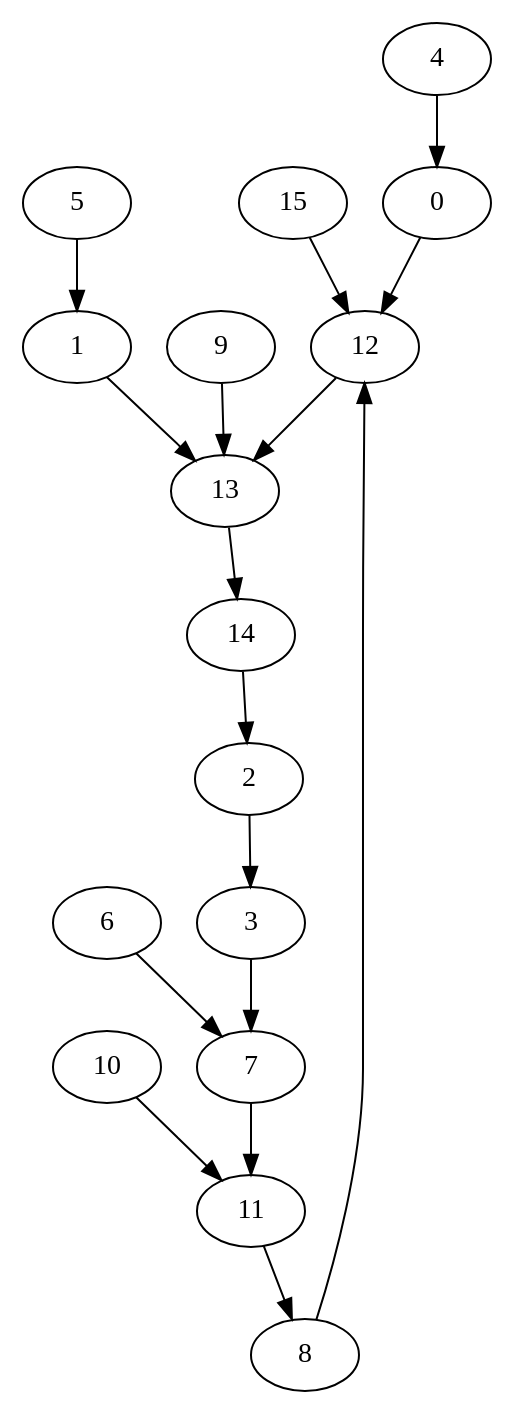
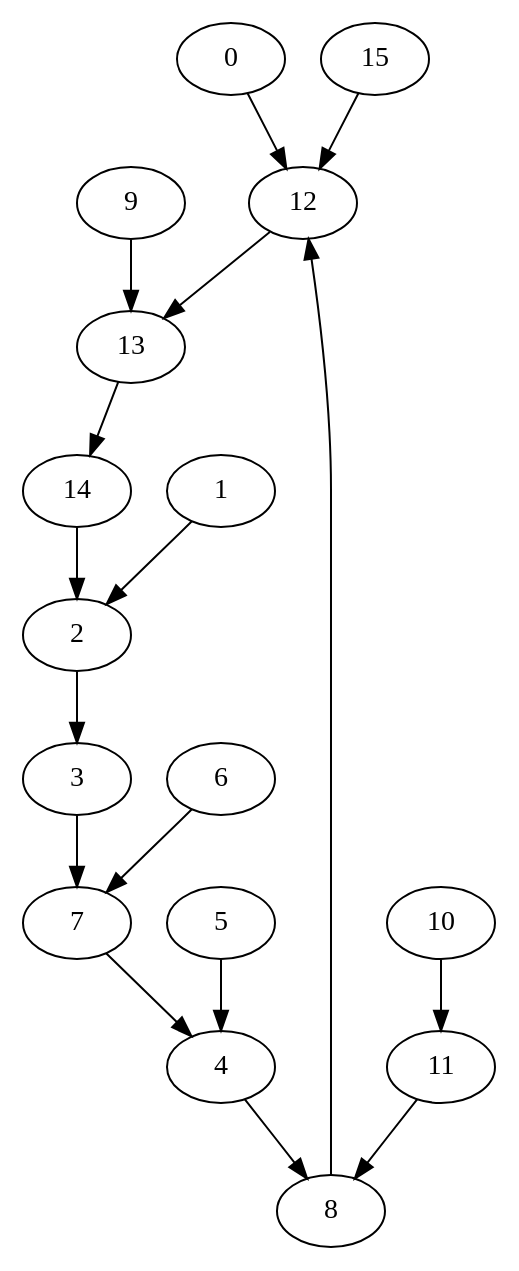
One commit to jzeeck/machineLearning changed the diagram in lab4 - Reinforcement Learning/dotg.dot. Above: the diagram before and after it, drawn with Graphviz. The commit also changed 2 other files, not shown here.

Commit message:
optimizing graph

```diff
--- a/lab4 - Reinforcement Learning/dotg.dot
+++ b/lab4 - Reinforcement Learning/dotg.dot
@@ -1,18 +1,18 @@
 digraph policyIter {
 	0 -> 12;
-	1 -> 13;
+	1 -> 2;
 	2 -> 3;
 	3 -> 7;
-	4 -> 0;	
-	5 -> 1;
+	4 -> 8;	
+	5 -> 4;
 	6 -> 7;
-	7 -> 11;
+	7 -> 4;
 	8 -> 12;
 	9 -> 13;
 	10 -> 11;
 	11 -> 8;
 	12 -> 13;
 	13 -> 14;
 	14 -> 2;
 	15 -> 12;
  }
```
